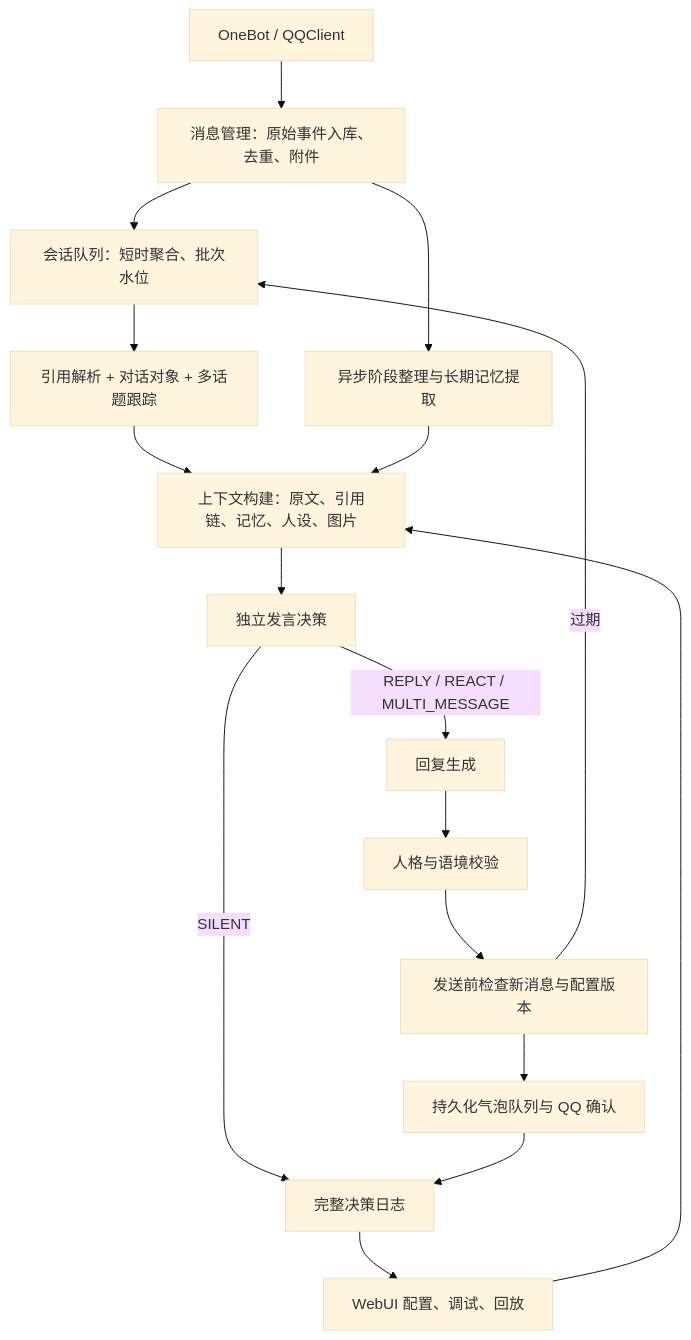
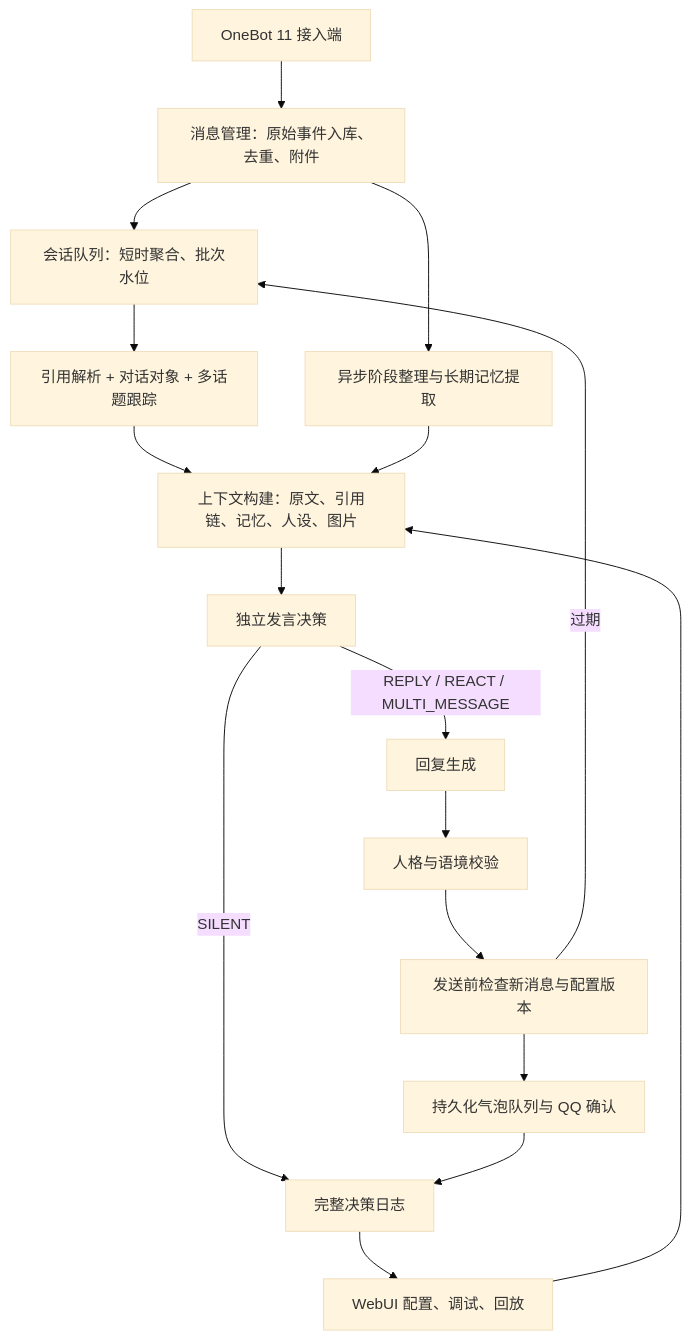
One commit to TodayYueC/LuckyTri changed the diagram in docs/系统重构设计-v1.md. Above: the diagram before and after it, drawn with Mermaid (base theme). The commit also changed other lines of this file and 26 other files, not shown here.

````diff
--- a/docs/系统重构设计-v1.md
+++ b/docs/系统重构设计-v1.md
@@ -36,19 +36,19 @@
 ```mermaid
 flowchart TD
-  Q[OneBot / QQClient] --> A[消息管理：原始事件入库、去重、附件]
+  Q[OneBot 11 接入端] --> A[消息管理：原始事件入库、去重、附件]
   A --> B[会话队列：短时聚合、批次水位]
   B --> C[引用解析 + 对话对象 + 多话题跟踪]
   C --> D[上下文构建：原文、引用链、记忆、人设、图片]
   D --> E[独立发言决策]
   E -->|SILENT| L[完整决策日志]
   E -->|REPLY / REACT / MULTI_MESSAGE| F[回复生成]
   F --> G[人格与语境校验]
   G --> H[发送前检查新消息与配置版本]
   H -->|过期| B
   H --> I[持久化气泡队列与 QQ 确认]
   I --> L
   A --> M[异步阶段整理与长期记忆提取]
   M --> D
   U[WebUI 配置、调试、回放] --> D
   L --> U
 ```
````
